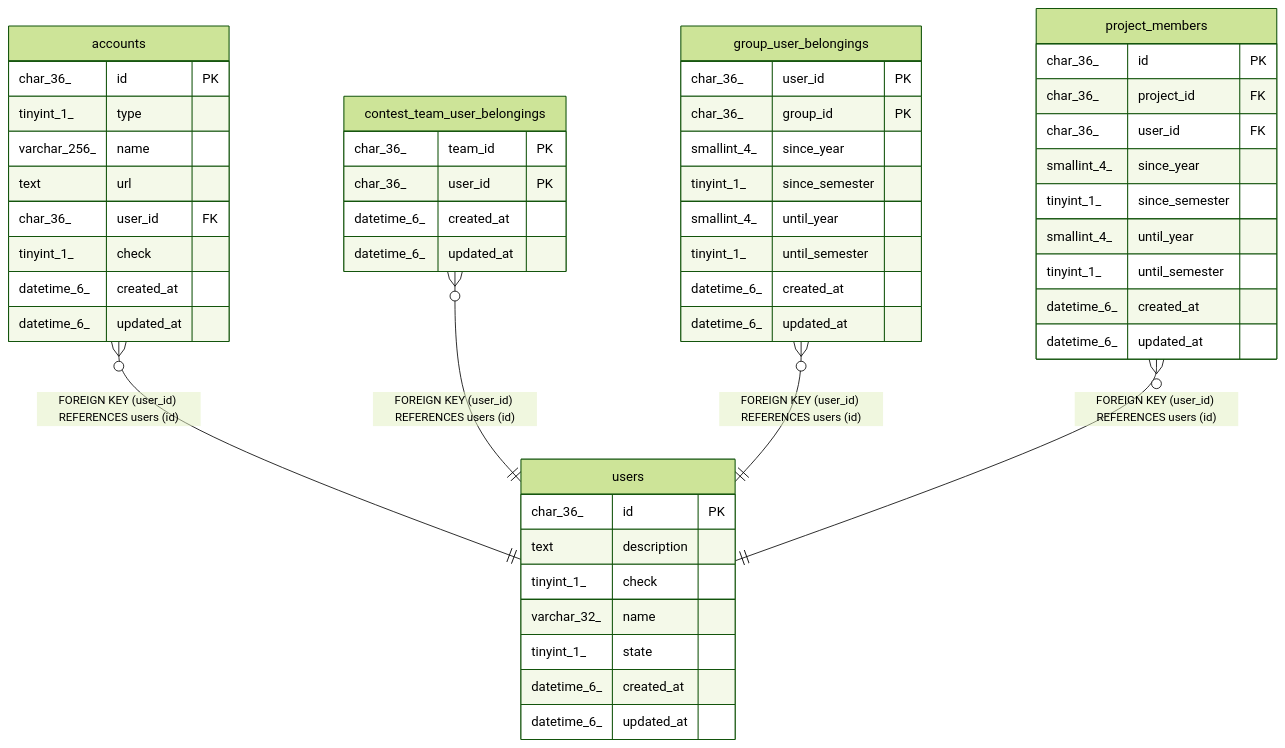
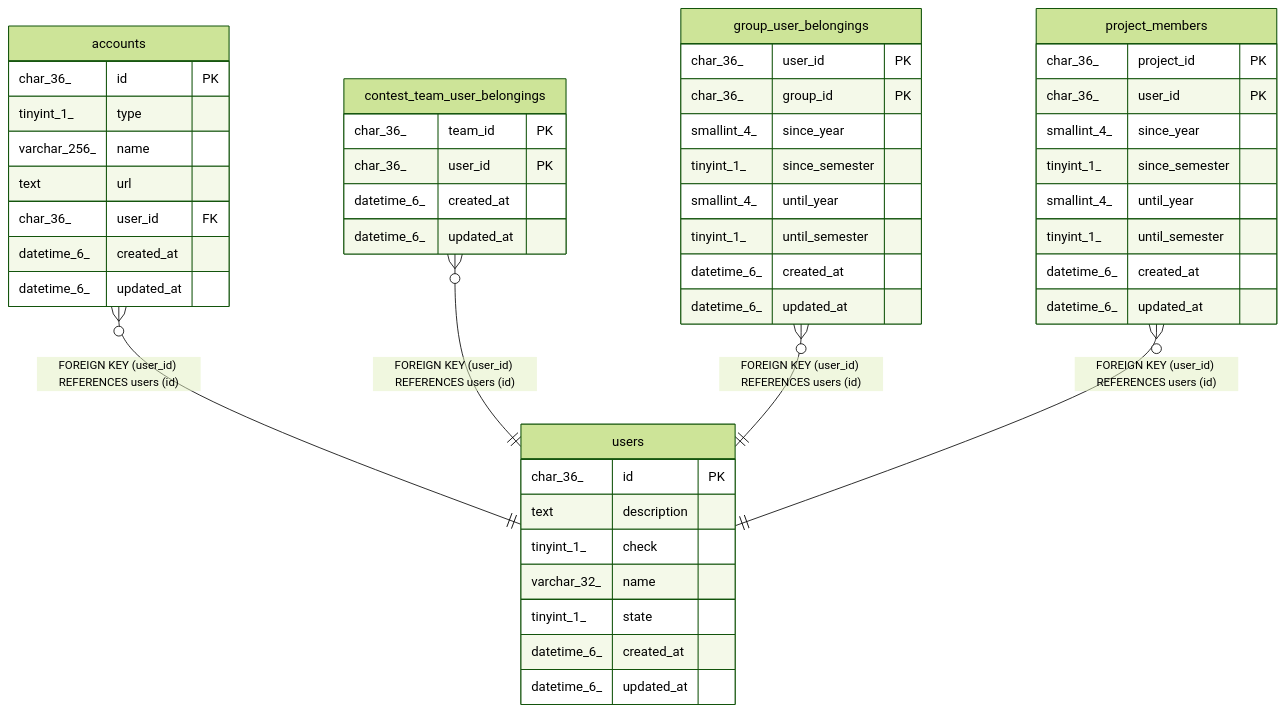
One commit to traPtitech/traPortfolio changed the diagram in docs/dbschema/users.md. Above: the diagram before and after it, drawn with Mermaid (forest theme). The commit also changed 8 other files, not shown here.

Commit message:
docs: update docs/dbschema

````diff
--- a/docs/dbschema/users.md
+++ b/docs/dbschema/users.md
@@ -54,55 +54,53 @@
 ```mermaid
 erDiagram
 
 "accounts" }o--|| "users" : "FOREIGN KEY (user_id) REFERENCES users (id)"
 "contest_team_user_belongings" }o--|| "users" : "FOREIGN KEY (user_id) REFERENCES users (id)"
 "group_user_belongings" }o--|| "users" : "FOREIGN KEY (user_id) REFERENCES users (id)"
 "project_members" }o--|| "users" : "FOREIGN KEY (user_id) REFERENCES users (id)"
 
 "users" {
   char_36_ id PK
   text description
   tinyint_1_ check
   varchar_32_ name
   tinyint_1_ state
   datetime_6_ created_at
   datetime_6_ updated_at
 }
 "accounts" {
   char_36_ id PK
   tinyint_1_ type
   varchar_256_ name
   text url
   char_36_ user_id FK
-  tinyint_1_ check
   datetime_6_ created_at
   datetime_6_ updated_at
 }
 "contest_team_user_belongings" {
   char_36_ team_id PK
   char_36_ user_id PK
   datetime_6_ created_at
   datetime_6_ updated_at
 }
 "group_user_belongings" {
   char_36_ user_id PK
   char_36_ group_id PK
   smallint_4_ since_year
   tinyint_1_ since_semester
   smallint_4_ until_year
   tinyint_1_ until_semester
   datetime_6_ created_at
   datetime_6_ updated_at
 }
 "project_members" {
-  char_36_ id PK
-  char_36_ project_id FK
-  char_36_ user_id FK
+  char_36_ project_id PK
+  char_36_ user_id PK
   smallint_4_ since_year
   tinyint_1_ since_semester
   smallint_4_ until_year
   tinyint_1_ until_semester
   datetime_6_ created_at
   datetime_6_ updated_at
 }
 ```
````
